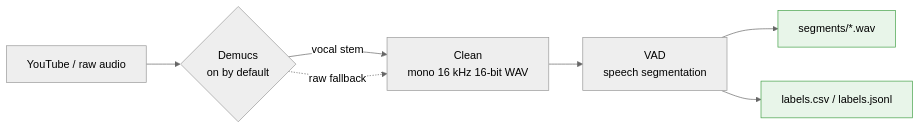
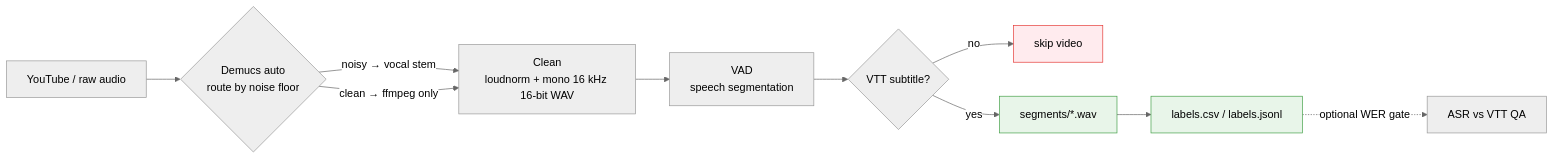
The first of 2 diagrams in README.md (longnv3008/VSF-TTS), drawn with Mermaid (neutral theme) before and after one commit. The commit also changed other lines of this file and 9 other files, not shown here.

Commit message:
Slice 5: sync docs to slices 1-4 (loudnorm, demucs auto-route, VTT-required, WER gate)

````diff
--- a/README.md
+++ b/README.md
@@ -6,12 +6,17 @@
 ```mermaid
 flowchart LR
-    A[YouTube / raw audio] --> B{Demucs<br/>on by default}
-    B -->|vocal stem| C[Clean<br/>mono 16 kHz 16-bit WAV]
-    B -. raw fallback .-> C
+    A[YouTube / raw audio] --> B{Demucs auto<br/>route by noise floor}
+    B -->|noisy → vocal stem| C[Clean<br/>loudnorm + mono 16 kHz 16-bit WAV]
+    B -->|clean → ffmpeg only| C
     C --> D[VAD<br/>speech segmentation]
-    D --> E[segments/*.wav]
-    D --> F[labels.csv / labels.jsonl]
+    D --> G{VTT subtitle?}
+    G -->|no| SKIP[skip video]
+    G -->|yes| E[segments/*.wav]
+    E --> F[labels.csv / labels.jsonl]
+    F -. optional WER gate .-> Q[ASR vs VTT QA]
 
     classDef out fill:#e8f5e9,stroke:#43a047;
+    classDef skip fill:#ffebee,stroke:#e53935;
     class E,F out;
+    class SKIP skip;
 ```
````
